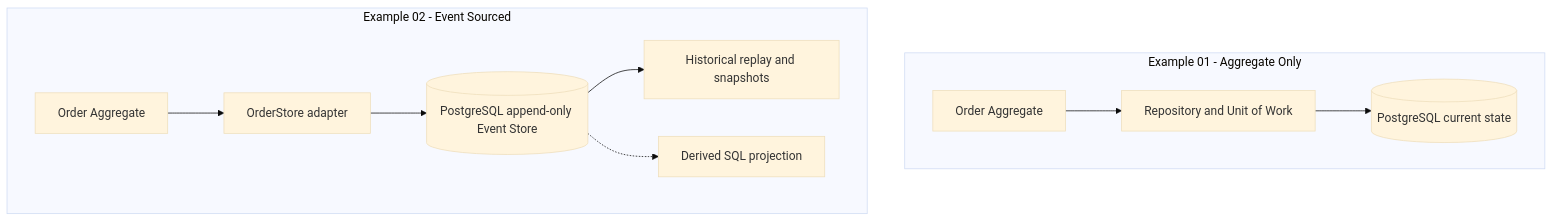
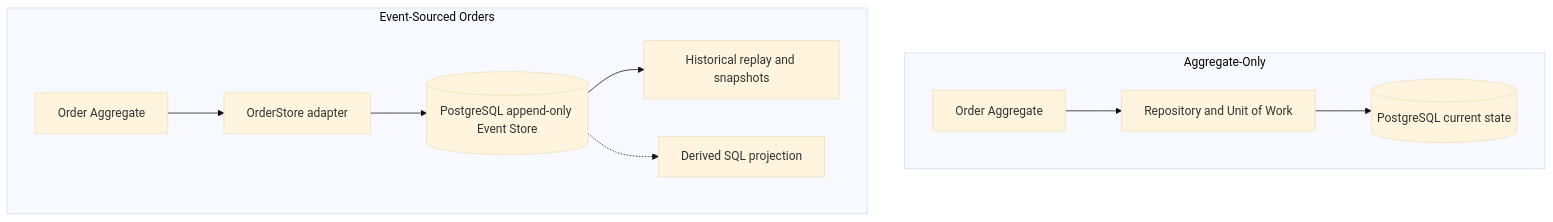
One commit to saverioieva/information-systems-design-big-data-examples changed the third of 3 diagrams in event-driven-architecture/README.md. Above: the diagram before and after it, drawn with Mermaid (base theme). The commit also changed other lines of this file and 119 other files, not shown here.

First line of the commit message:
feat(chapter5): add event-sourced saga orchestration and CQRS examples

````diff
--- a/event-driven-architecture/README.md
+++ b/event-driven-architecture/README.md
@@ -62,13 +68,13 @@
 ```mermaid
 flowchart TB
-    subgraph Traditional[Example 01 - Aggregate Only]
+    subgraph Traditional[Aggregate-Only]
         D1[Order Aggregate] --> R1[Repository and Unit of Work]
         R1 --> S1[(PostgreSQL current state)]
     end
-    subgraph Sourcing[Example 02 - Event Sourced]
+    subgraph Sourcing[Event-Sourced Orders]
         D2[Order Aggregate] --> R2[OrderStore adapter]
         R2 --> S2[(PostgreSQL append-only Event Store)]
         S2 --> Replay[Historical replay and snapshots]
         S2 -.-> Projection[Derived SQL projection]
     end
 ```
````
